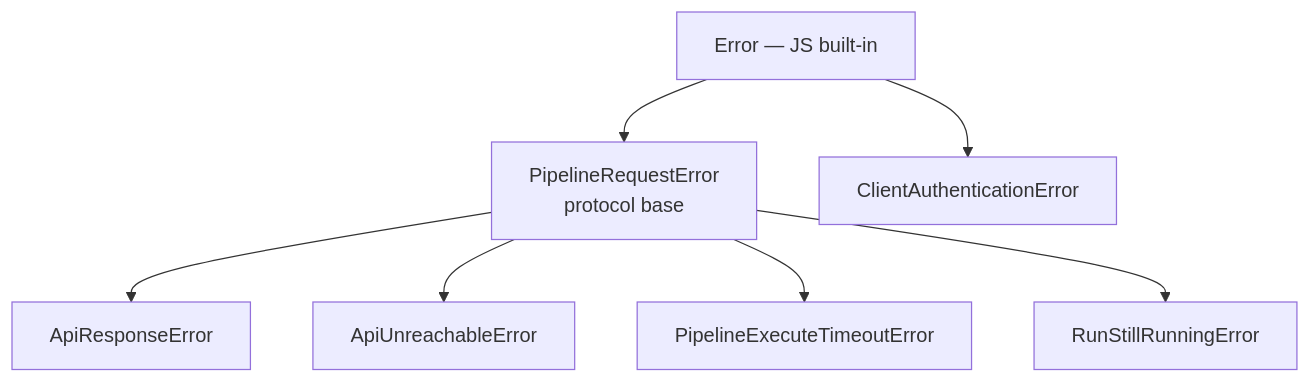
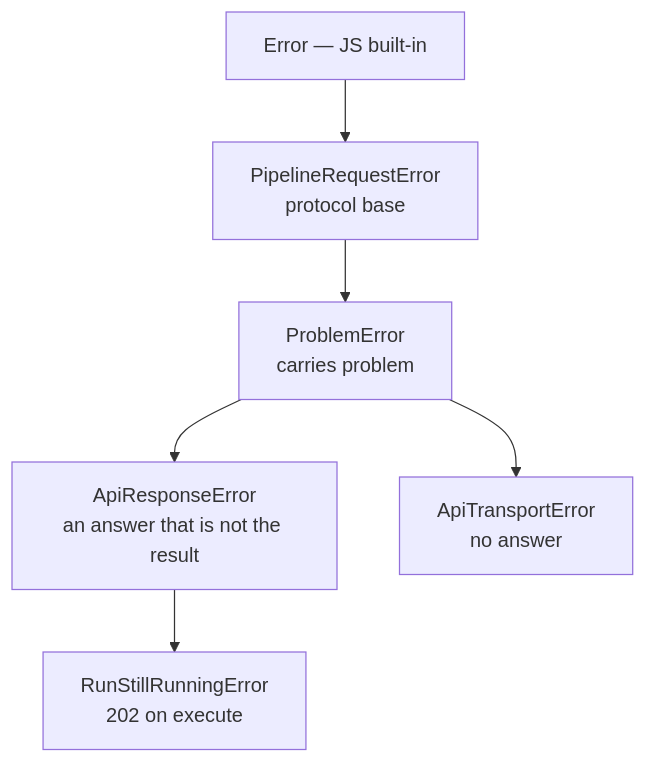
The diagram in docs/errors.md (mthds-ai/mthds-js), drawn with Mermaid before and after one commit. The commit also changed other lines of this file and 10 other files, not shown here.

````diff
--- a/docs/errors.md
+++ b/docs/errors.md
@@ -9,16 +54,14 @@
 ```mermaid
 flowchart TD
     Err["Error — JS built-in"]
     PRE["PipelineRequestError<br/>protocol base"]
-    CAE["ClientAuthenticationError"]
-    ARE["ApiResponseError"]
-    AUE["ApiUnreachableError"]
-    PET["PipelineExecuteTimeoutError"]
-    RSR["RunStillRunningError"]
+    PE["ProblemError<br/>carries problem"]
+    ARE["ApiResponseError<br/>an answer that is not the result"]
+    RSR["RunStillRunningError<br/>202 on execute"]
+    ATE["ApiTransportError<br/>no answer"]
     Err --> PRE
-    Err --> CAE
-    PRE --> ARE
-    PRE --> AUE
-    PRE --> PET
-    PRE --> RSR
+    PRE --> PE
+    PE --> ARE
+    ARE --> RSR
+    PE --> ATE
 ```
````
